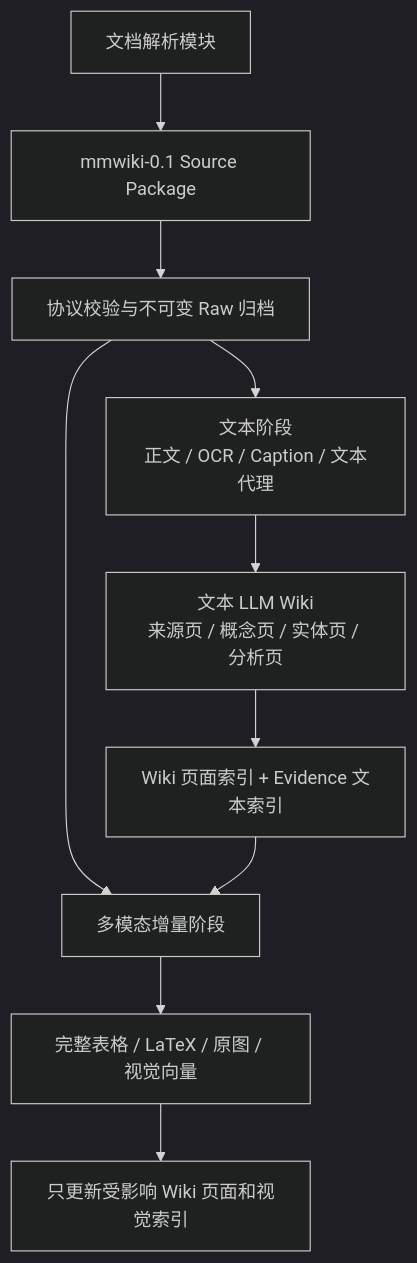
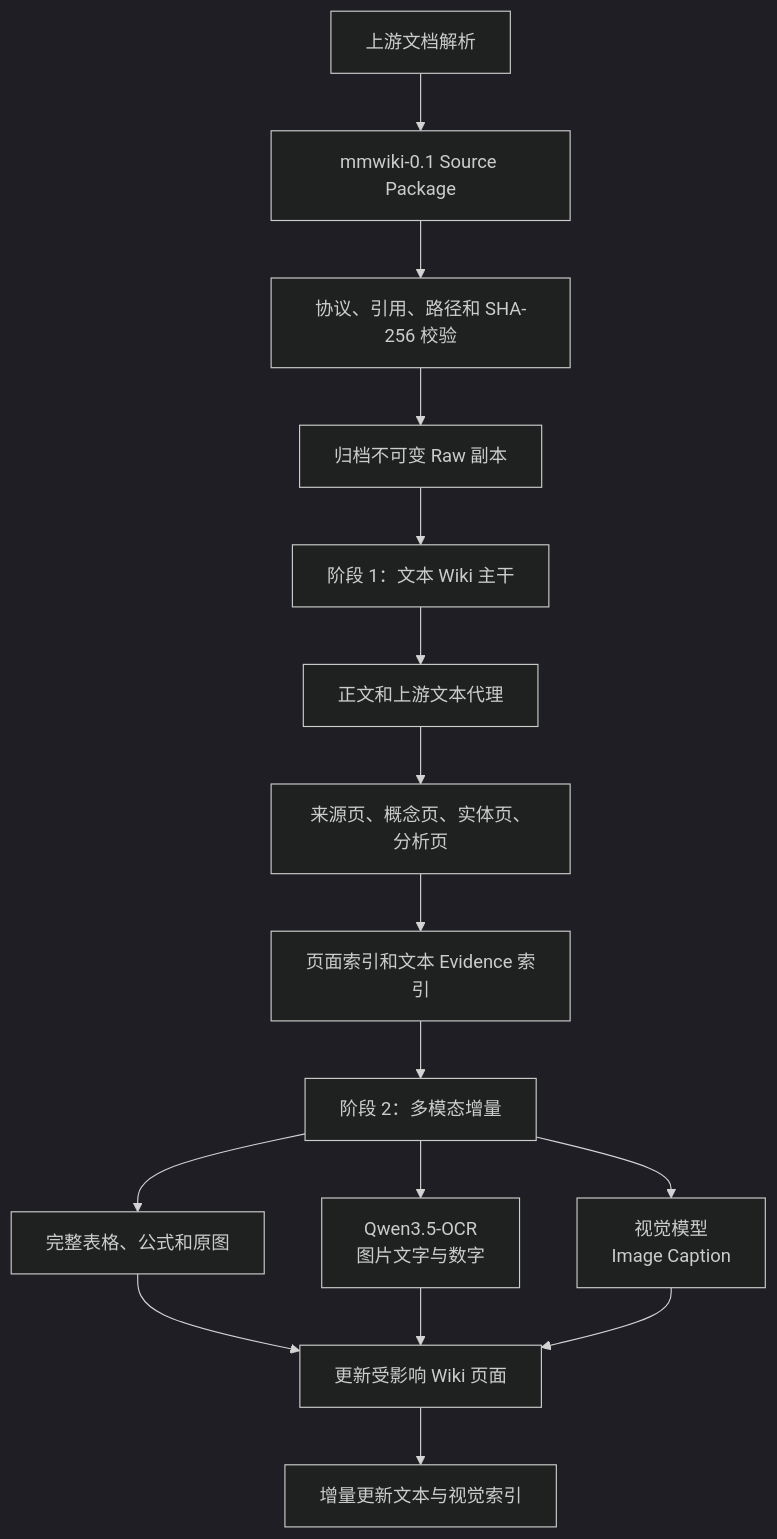
The second of 3 diagrams in README.md (yooa722/multimodal-llm-wiki), drawn with Mermaid (dark theme) before and after one commit. The commit also changed other lines of this file, not shown here.

Commit message:
docs: clarify project README and architecture flows

````diff
--- a/README.md
+++ b/README.md
@@ -53,13 +67,21 @@
 ```mermaid
-flowchart TD
-    A["文档解析模块"] --> B["mmwiki-0.1 Source Package"]
-    B --> C["协议校验与不可变 Raw 归档"]
-    C --> D["文本阶段<br/>正文 / OCR / Caption / 文本代理"]
-    D --> E["文本 LLM Wiki<br/>来源页 / 概念页 / 实体页 / 分析页"]
-    E --> F["Wiki 页面索引 + Evidence 文本索引"]
+flowchart TB
+    A["上游文档解析"] --> B["mmwiki-0.1 Source Package"]
+    B --> C["协议、引用、路径和 SHA-256 校验"]
+    C --> D["归档不可变 Raw 副本"]
 
-    C --> G["多模态增量阶段"]
-    F --> G
-    G --> H["完整表格 / LaTeX / 原图 / 视觉向量"]
-    H --> I["只更新受影响 Wiki 页面和视觉索引"]
+    D --> E["阶段 1：文本 Wiki 主干"]
+    E --> E1["正文和上游文本代理"]
+    E1 --> E2["来源页、概念页、实体页、分析页"]
+    E2 --> E3["页面索引和文本 Evidence 索引"]
+
+    E3 --> F["阶段 2：多模态增量"]
+    F --> F1["完整表格、公式和原图"]
+    F --> F2["Qwen3.5-OCR<br/>图片文字与数字"]
+    F --> F3["视觉模型<br/>Image Caption"]
+
+    F1 --> G["更新受影响 Wiki 页面"]
+    F2 --> G
+    F3 --> G
+    G --> H["增量更新文本与视觉索引"]
 ```
````
